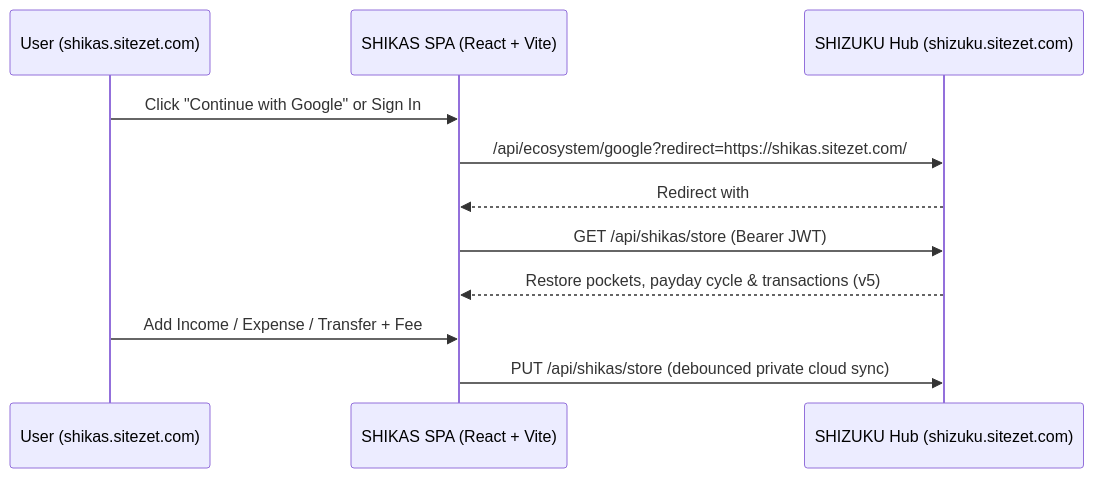
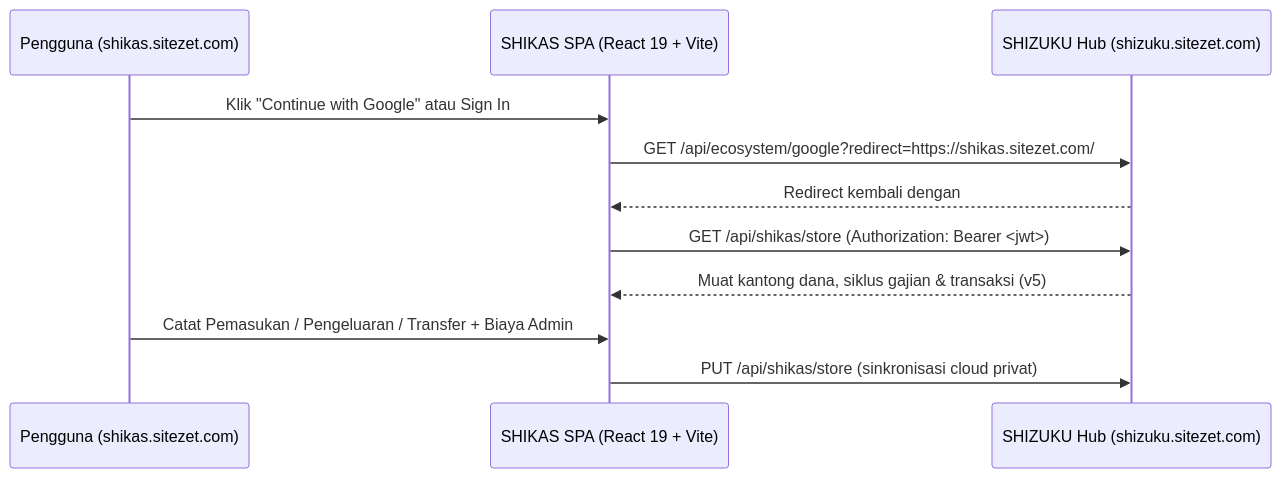
The diagram in README.md (farhansatrian/shikas), drawn with Mermaid before and after one commit. The commit also changed other lines of this file, not shown here.

Commit message:
docs: rewrite README in comprehensive kostkas style with shikas.sitezet.com & shizuku.sitezet.com details

````diff
--- a/README.md
+++ b/README.md
@@ -47,14 +65,14 @@
 ```mermaid
 sequenceDiagram
-    participant U as User (shikas.sitezet.com)
-    participant S as SHIKAS SPA (React + Vite)
+    participant U as Pengguna (shikas.sitezet.com)
+    participant S as SHIKAS SPA (React 19 + Vite)
     participant H as SHIZUKU Hub (shizuku.sitezet.com)
 
-    U->>S: Click "Continue with Google" or Sign In
-    S->>H: /api/ecosystem/google?redirect=https://shikas.sitezet.com/
-    H-->>S: Redirect with #shizuku_token=<jwt> (+ .sitezet.com cookie)
-    S->>H: GET /api/shikas/store (Bearer JWT)
-    H-->>S: Restore pockets, payday cycle & transactions (v5)
-    U->>S: Add Income / Expense / Transfer + Fee
-    S->>H: PUT /api/shikas/store (debounced private cloud sync)
+    U->>S: Klik "Continue with Google" atau Sign In
+    S->>H: GET /api/ecosystem/google?redirect=https://shikas.sitezet.com/
+    H-->>S: Redirect kembali dengan #shizuku_token=<jwt> (+ cookie .sitezet.com)
+    S->>H: GET /api/shikas/store (Authorization: Bearer <jwt>)
+    H-->>S: Muat kantong dana, siklus gajian & transaksi (v5)
+    U->>S: Catat Pemasukan / Pengeluaran / Transfer + Biaya Admin
+    S->>H: PUT /api/shikas/store (sinkronisasi cloud privat)
 ```
````
